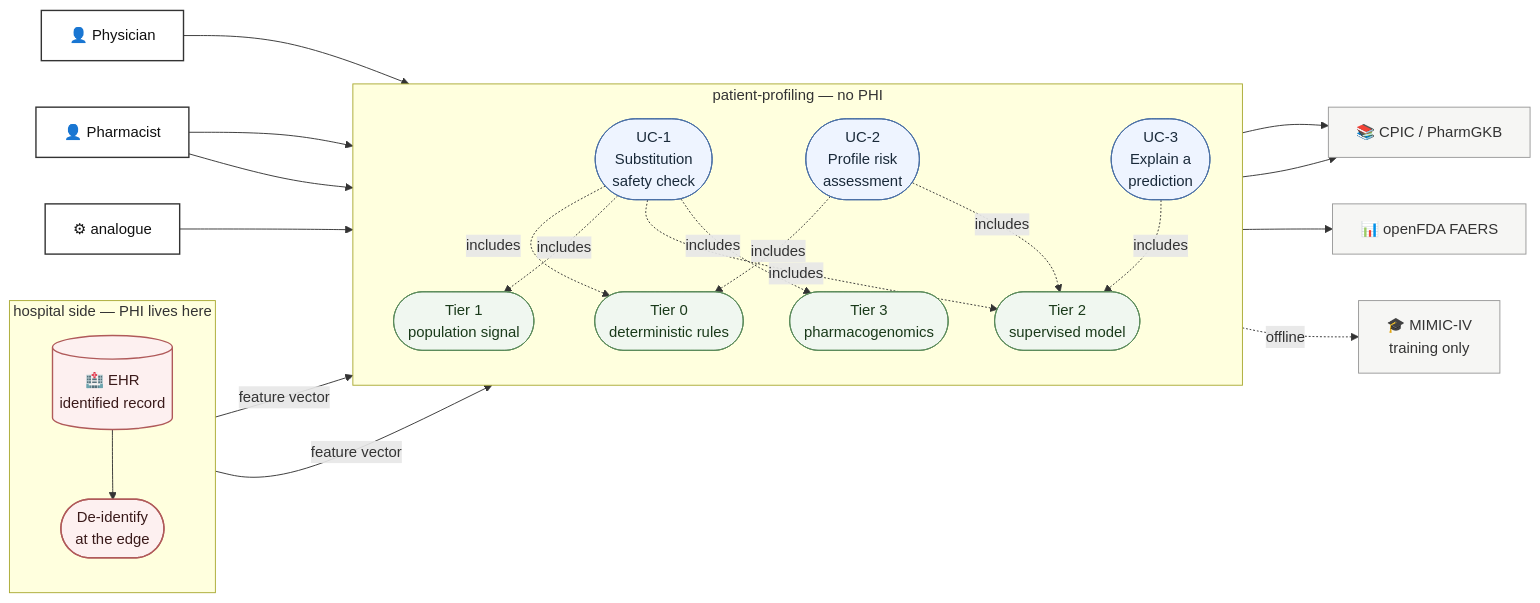
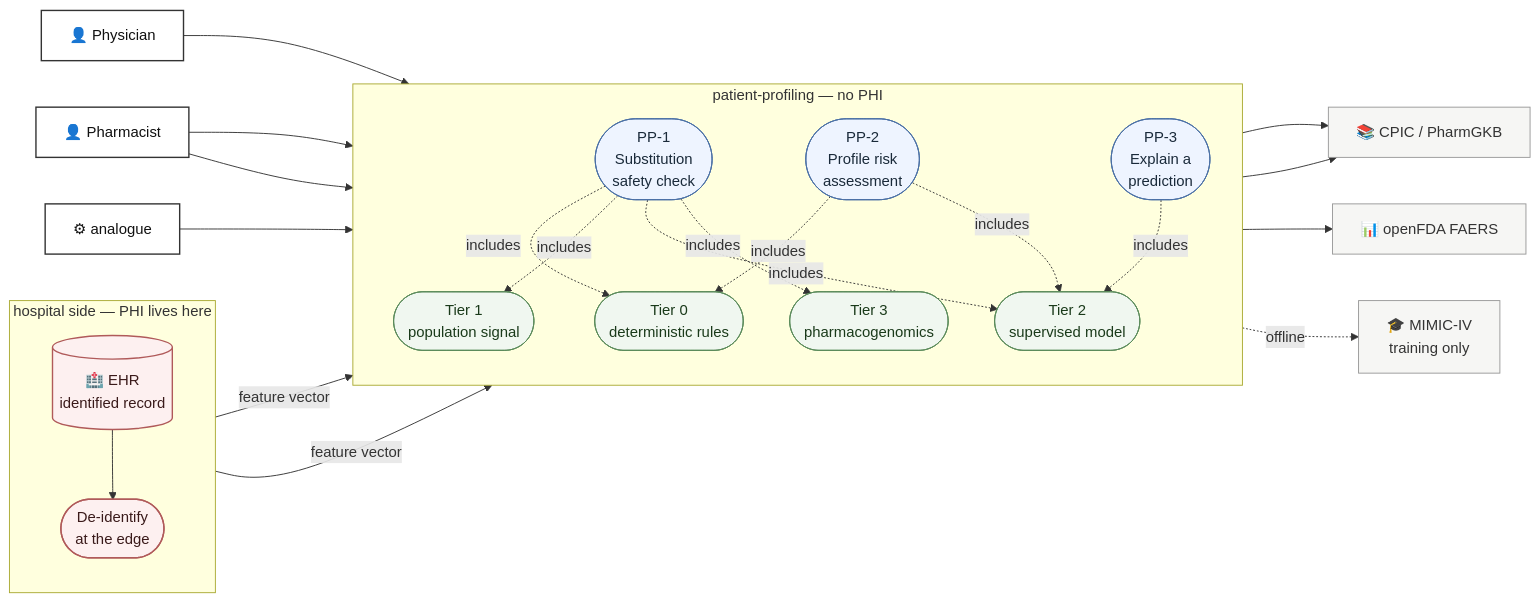
Before and after one commit to lohvinovpavel/MedStockAI: the diagram in docs/patient-profiling-usecases.md, drawn with Mermaid. The commit also changed other lines of this file and 17 other files, not shown here.

````diff
--- a/docs/patient-profiling-usecases.md
+++ b/docs/patient-profiling-usecases.md
@@ -29,60 +29,60 @@
 ```mermaid
 graph LR
   PHARM["👤 Pharmacist"]
   PHYS["👤 Physician"]
   ANA["⚙ analogue"]
 
   subgraph HOSP["hospital side — PHI lives here"]
     direction TB
     EHR[("🏥 EHR<br/>identified record")]
     DEID(["De-identify<br/>at the edge"])
   end
 
   subgraph SYS["patient-profiling — no PHI"]
     direction TB
-    UC1(["UC-1<br/>Substitution<br/>safety check"])
-    UC2(["UC-2<br/>Profile risk<br/>assessment"])
-    UC3(["UC-3<br/>Explain a<br/>prediction"])
+    UC1(["PP-1<br/>Substitution<br/>safety check"])
+    UC2(["PP-2<br/>Profile risk<br/>assessment"])
+    UC3(["PP-3<br/>Explain a<br/>prediction"])
     T0(["Tier 0<br/>deterministic rules"])
     T1(["Tier 1<br/>population signal"])
     T2(["Tier 2<br/>supervised model"])
     T3(["Tier 3<br/>pharmacogenomics"])
   end
 
   KB["📚 CPIC / PharmGKB"]
   FAERS["📊 openFDA FAERS"]
   TRAIN["🎓 MIMIC-IV<br/>training only"]
 
   PHARM --> UC2
   PHYS --> UC1
   ANA --> UC1
   PHARM --> UC3
 
   EHR --> DEID
   DEID -->|feature vector| UC1
   DEID -->|feature vector| UC2
 
   UC1 -.->|includes| T0
   UC1 -.->|includes| T1
   UC1 -.->|includes| T2
   UC1 -.->|includes| T3
   UC2 -.->|includes| T0
   UC2 -.->|includes| T2
   UC3 -.->|includes| T2
 
   T0 --> KB
   T3 --> KB
   T1 --> FAERS
   T2 -.->|offline| TRAIN
 
   classDef uc fill:#eef4ff,stroke:#4a6fa5,stroke-width:1px,color:#1a2a3a
   classDef ml fill:#f0f7f0,stroke:#5a8a5a,stroke-width:1px,color:#1a3a1a
   classDef ext fill:#f6f6f4,stroke:#999,stroke-width:1px,color:#333
   classDef actor fill:#fff,stroke:#333,stroke-width:1.5px,color:#111
   classDef phi fill:#fdf0f0,stroke:#b05a5a,stroke-width:1.5px,color:#3a1a1a
   class UC1,UC2,UC3 uc
   class T0,T1,T2,T3 ml
   class KB,FAERS,TRAIN ext
   class PHARM,PHYS,ANA,ANA actor
   class EHR,DEID phi
 ```
````
